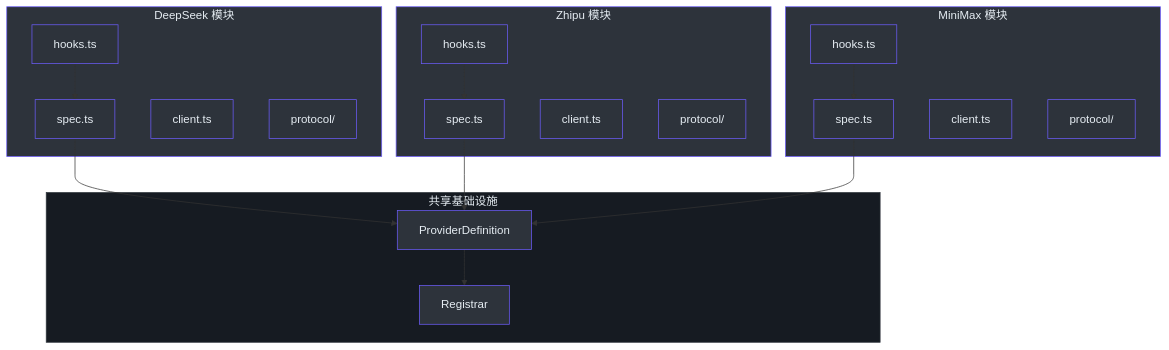
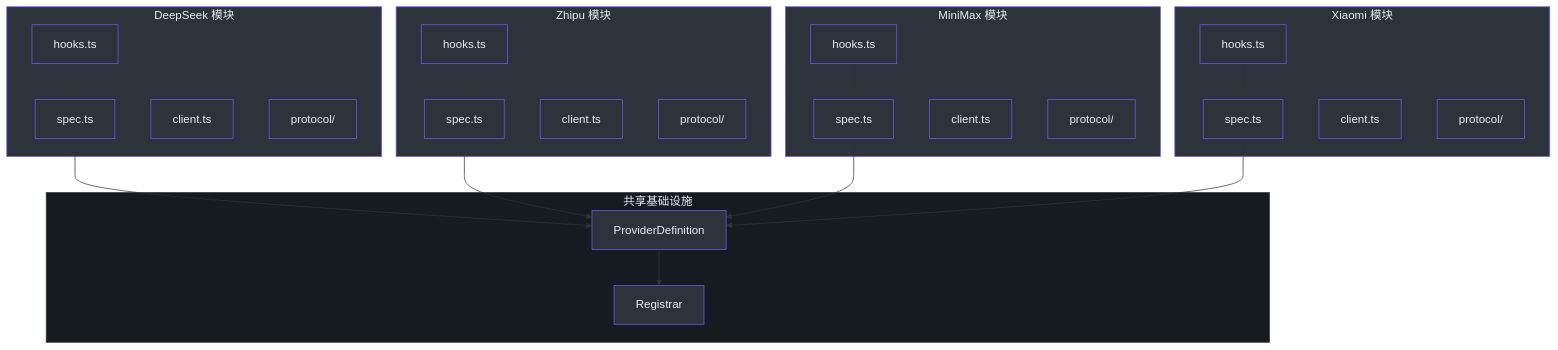
The first of 2 diagrams in wiki/zh/01-getting-started/builtin-providers.md (zamelee/GodeX), drawn with Mermaid before and after one commit. The commit also changed other lines of this file and 32 other files, not shown here.

````diff
--- a/wiki/zh/01-getting-started/builtin-providers.md
+++ b/wiki/zh/01-getting-started/builtin-providers.md
@@ -27,56 +27,70 @@
 ```mermaid
 flowchart TB
     subgraph Shared["共享基础设施"]
         Def["ProviderDefinition"]
         Reg["Registrar"]
     end
 
     subgraph DeepSeek["DeepSeek 模块"]
         DS_Spec["spec.ts"]
         DS_Hooks["hooks.ts"]
         DS_Client["client.ts"]
         DS_Proto["protocol/"]
     end
 
     subgraph Zhipu["Zhipu 模块"]
         ZP_Spec["spec.ts"]
         ZP_Hooks["hooks.ts"]
         ZP_Client["client.ts"]
         ZP_Proto["protocol/"]
     end
 
     subgraph MiniMax["MiniMax 模块"]
         MM_Spec["spec.ts"]
         MM_Hooks["hooks.ts"]
         MM_Client["client.ts"]
         MM_Proto["protocol/"]
     end
 
+    subgraph Xiaomi["Xiaomi 模块"]
+        XM_Spec["spec.ts"]
+        XM_Hooks["hooks.ts"]
+        XM_Client["client.ts"]
+        XM_Proto["protocol/"]
+    end
+
     DS_Spec --> Def
     ZP_Spec --> Def
     MM_Spec --> Def
+    XM_Spec --> Def
     Def --> Reg
 
     DS_Hooks --> DS_Spec
     ZP_Hooks --> ZP_Spec
     MM_Hooks --> MM_Spec
+    XM_Hooks --> XM_Spec
 
     style Shared fill:#161b22,stroke:#30363d,color:#e6edf3
     style DeepSeek fill:#2d333b,stroke:#6d5dfc,color:#e6edf3
     style Zhipu fill:#2d333b,stroke:#6d5dfc,color:#e6edf3
     style MiniMax fill:#2d333b,stroke:#6d5dfc,color:#e6edf3
+    style Xiaomi fill:#2d333b,stroke:#6d5dfc,color:#e6edf3
     style Def fill:#2d333b,stroke:#6d5dfc,color:#e6edf3
     style Reg fill:#2d333b,stroke:#6d5dfc,color:#e6edf3
     style DS_Spec fill:#2d333b,stroke:#6d5dfc,color:#e6edf3
     style DS_Hooks fill:#2d333b,stroke:#6d5dfc,color:#e6edf3
     style DS_Client fill:#2d333b,stroke:#6d5dfc,color:#e6edf3
     style DS_Proto fill:#2d333b,stroke:#6d5dfc,color:#e6edf3
     style ZP_Spec fill:#2d333b,stroke:#6d5dfc,color:#e6edf3
     style ZP_Hooks fill:#2d333b,stroke:#6d5dfc,color:#e6edf3
     style ZP_Client fill:#2d333b,stroke:#6d5dfc,color:#e6edf3
     style ZP_Proto fill:#2d333b,stroke:#6d5dfc,color:#e6edf3
     style MM_Spec fill:#2d333b,stroke:#6d5dfc,color:#e6edf3
     style MM_Hooks fill:#2d333b,stroke:#6d5dfc,color:#e6edf3
     style MM_Client fill:#2d333b,stroke:#6d5dfc,color:#e6edf3
     style MM_Proto fill:#2d333b,stroke:#6d5dfc,color:#e6edf3
+    style XM_Spec fill:#2d333b,stroke:#6d5dfc,color:#e6edf3
+    style XM_Hooks fill:#2d333b,stroke:#6d5dfc,color:#e6edf3
+    style XM_Client fill:#2d333b,stroke:#6d5dfc,color:#e6edf3
+    style XM_Proto fill:#2d333b,stroke:#6d5dfc,color:#e6edf3
 ```
````
